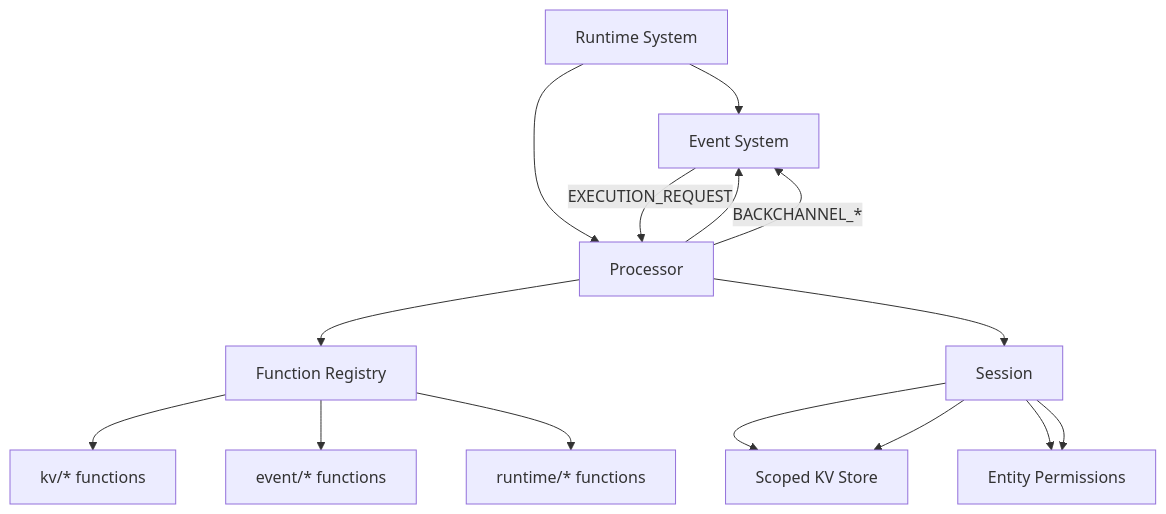
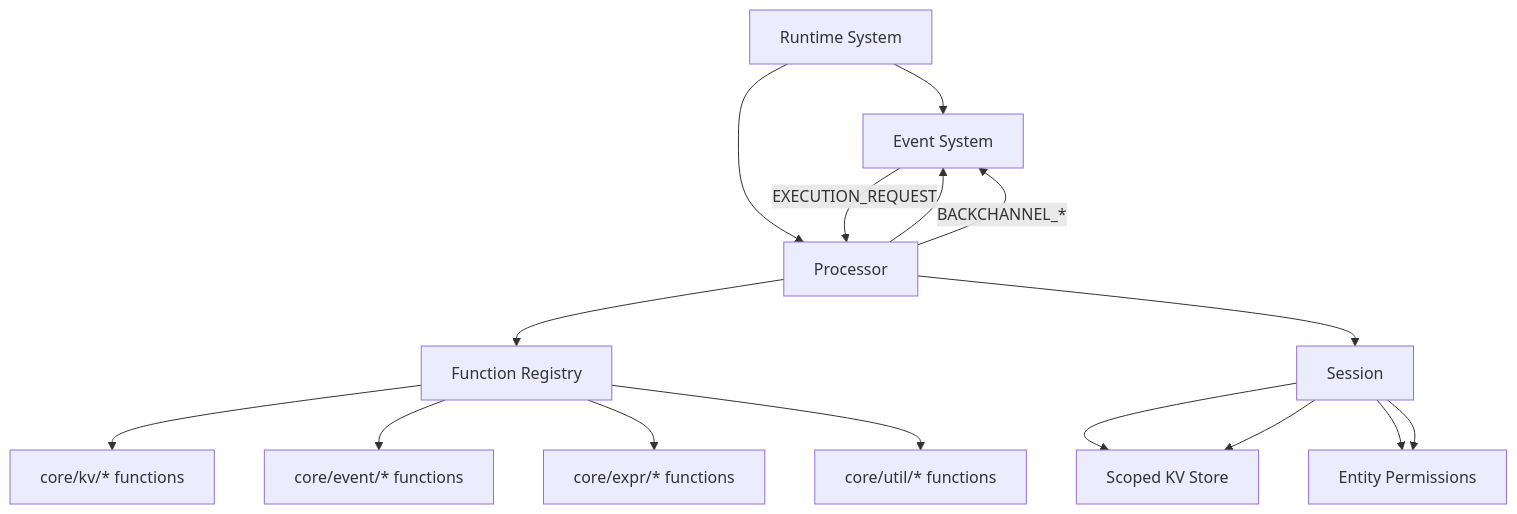
Before and after one commit to bosley/sxs: the first of 6 diagrams in pkg/runtime/about.md, drawn with Mermaid. The commit also changed other lines of this file and 17 other files, not shown here.

````diff
--- a/pkg/runtime/about.md
+++ b/pkg/runtime/about.md
@@ -35,27 +35,28 @@
 ```mermaid
 graph TD
     Runtime[Runtime System]
     EventSys[Event System]
     Processor[Processor]
     Session[Session]
     FuncReg[Function Registry]
     
     Runtime --> EventSys
     Runtime --> Processor
     Session --> KV[Scoped KV Store]
     Session --> Entity[Entity Permissions]
     
     Processor --> FuncReg
     Processor --> EventSys
     
-    FuncReg --> KVFuncs["kv/* functions"]
-    FuncReg --> EventFuncs["event/* functions"]
-    FuncReg --> RuntimeFuncs["runtime/* functions"]
+    FuncReg --> KVFuncs["core/kv/* functions"]
+    FuncReg --> EventFuncs["core/event/* functions"]
+    FuncReg --> ExprFuncs["core/expr/* functions"]
+    FuncReg --> UtilFuncs["core/util/* functions"]
     
     EventSys --> |"EXECUTION_REQUEST"| Processor
     Processor --> |"BACKCHANNEL_*"| EventSys
     
     Processor --> Session
     Session --> Entity
     Session --> KV
 ```
````
